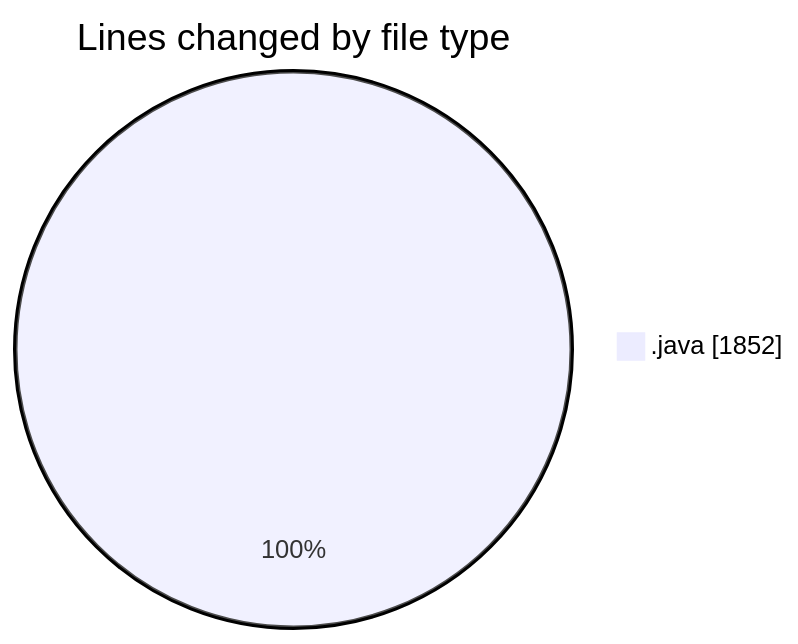
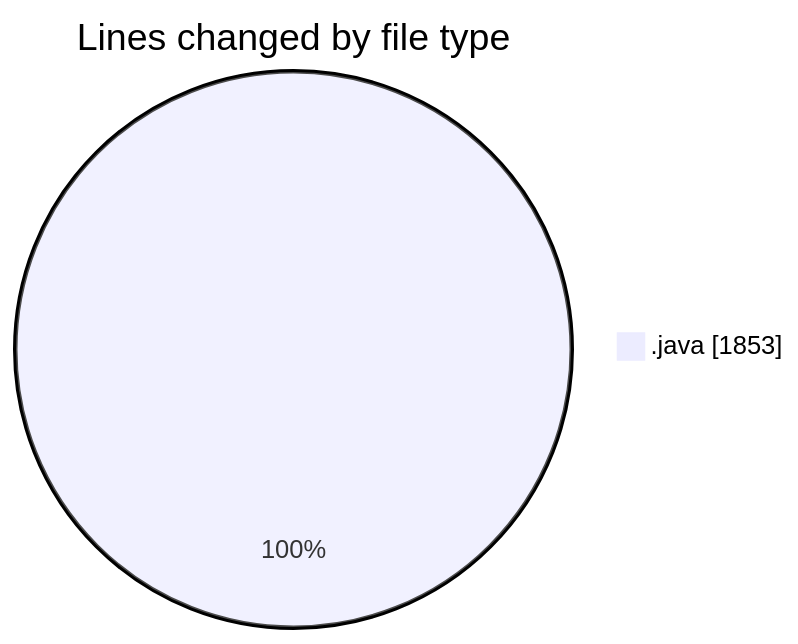
Before and after one commit to ricardozamudiocil/code-tracking: the first of 2 diagrams in 2026-03-12/cilapp/README.md, drawn with Mermaid. The commit also changed other lines of this file and 1 other file, not shown here.

````diff
--- a/2026-03-12/cilapp/README.md
+++ b/2026-03-12/cilapp/README.md
@@ -22,5 +22,5 @@
 ```mermaid
 pie showData
 title Lines changed by file type
-".java" : 1852
+".java" : 1853
 ```
````
